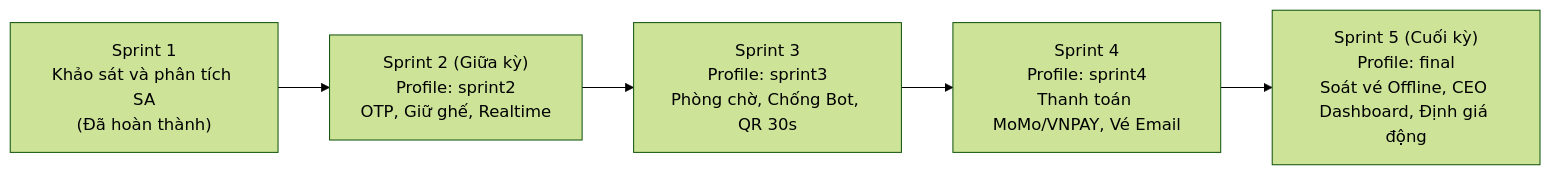
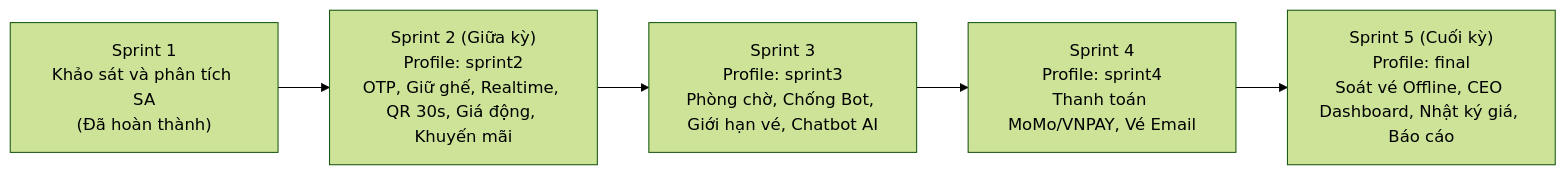
One commit to nhansp/COSH301 changed the diagram in docs/sprints.md. Above: the diagram before and after it, drawn with Mermaid (forest theme). The commit also changed other lines of this file and 12 other files, not shown here.

First line of the commit message:
docs: Align specs, diagrams, and report with Sprint 2-3 feature flags

````diff
--- a/docs/sprints.md
+++ b/docs/sprints.md
@@ -9,7 +9,7 @@
 ```mermaid
 flowchart LR
-    S1["Sprint 1<br/>Khảo sát và phân tích SA<br/>(Đã hoàn thành)"] --> S2["Sprint 2 (Giữa kỳ)<br/>Profile: sprint2<br/>OTP, Giữ ghế, Realtime"]
-    S2 --> S3["Sprint 3<br/>Profile: sprint3<br/>Phòng chờ, Chống Bot, QR 30s"]
+    S1["Sprint 1<br/>Khảo sát và phân tích SA<br/>(Đã hoàn thành)"] --> S2["Sprint 2 (Giữa kỳ)<br/>Profile: sprint2<br/>OTP, Giữ ghế, Realtime, QR 30s, Giá động, Khuyến mãi"]
+    S2 --> S3["Sprint 3<br/>Profile: sprint3<br/>Phòng chờ, Chống Bot, Giới hạn vé, Chatbot AI"]
     S3 --> S4["Sprint 4<br/>Profile: sprint4<br/>Thanh toán MoMo/VNPAY, Vé Email"]
-    S4 --> S5["Sprint 5 (Cuối kỳ)<br/>Profile: final<br/>Soát vé Offline, CEO Dashboard, Định giá động"]
+    S4 --> S5["Sprint 5 (Cuối kỳ)<br/>Profile: final<br/>Soát vé Offline, CEO Dashboard, Nhật ký giá, Báo cáo"]
 ```
````
